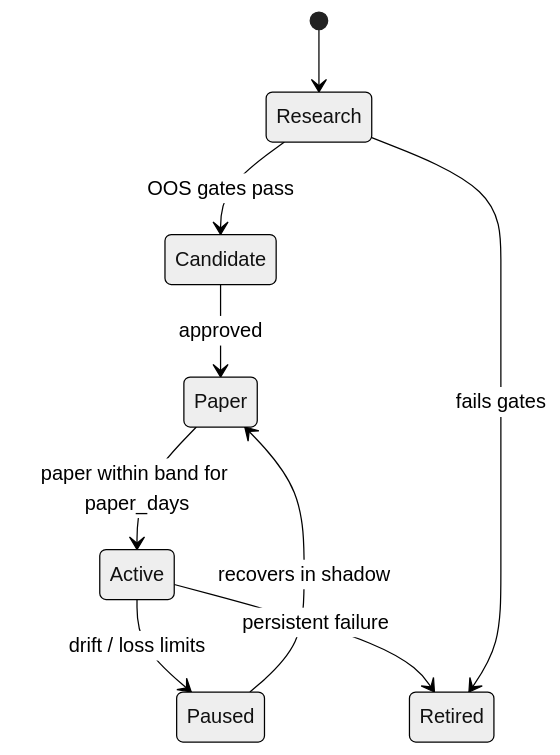
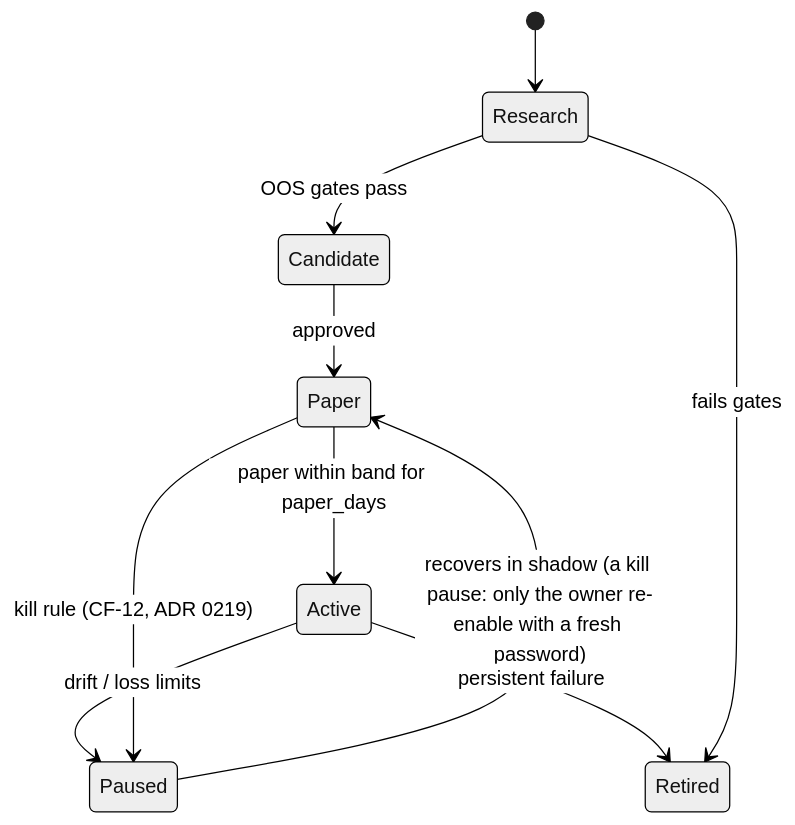
Before and after one commit to hemsingh81/xDrishti: the third of 5 diagrams in docs/design/09-learning-engine.md, drawn with Mermaid (neutral theme). The commit also changed other lines of this file and 77 other files, not shown here.

````diff
--- a/docs/design/09-learning-engine.md
+++ b/docs/design/09-learning-engine.md
@@ -157,11 +159,12 @@
 ```mermaid
 stateDiagram-v2
     [*] --> Research
     Research --> Candidate: OOS gates pass
     Candidate --> Paper: approved
     Paper --> Active: paper within band for paper_days
     Active --> Paused: drift / loss limits
-    Paused --> Paper: recovers in shadow
+    Paper --> Paused: kill rule (CF-12, ADR 0219)
+    Paused --> Paper: recovers in shadow (a kill pause: only the owner re-enable with a fresh password)
     Active --> Retired: persistent failure
     Research --> Retired: fails gates
 ```
````
